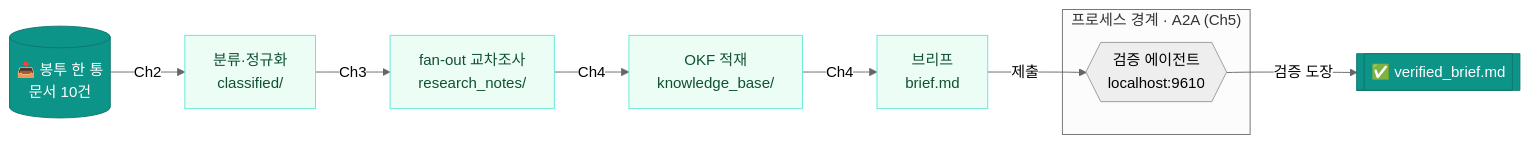
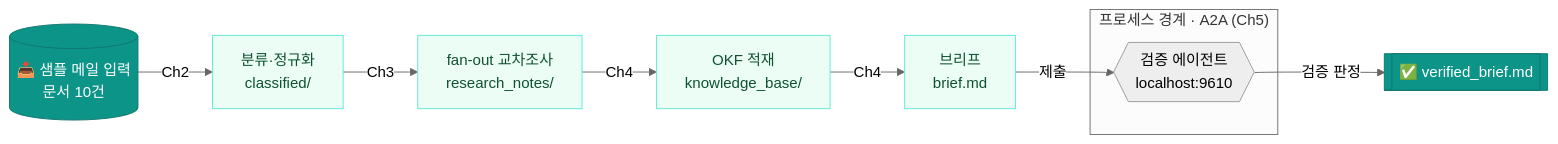
One commit to Yo-sure/deepagents-handson changed the first of 4 diagrams in books/md/Chapter 6. 통합 Demo와 Wrap-up.md. Above: the diagram before and after it, drawn with Mermaid (neutral theme). The commit also changed other lines of this file and 6 other files, not shown here.

````diff
--- a/books/md/Chapter 6. 통합 Demo와 Wrap-up.md
+++ b/books/md/Chapter 6. 통합 Demo와 Wrap-up.md
@@ -76,17 +76,17 @@
 ```mermaid
 flowchart LR
-  IN[("📥 봉투 한 통<br/>문서 10건")]
+  IN[("📥 샘플 메일 입력<br/>문서 10건")]
   IN -->|Ch2| C["분류·정규화<br/>classified/"]
   C -->|Ch3| R["fan-out 교차조사<br/>research_notes/"]
   R -->|Ch4| K["OKF 적재<br/>knowledge_base/"]
   K -->|Ch4| B["브리프<br/>brief.md"]
   subgraph EXT ["프로세스 경계 · A2A (Ch5)"]
     V{{"검증 에이전트<br/>localhost:9610"}}
   end
   B -->|제출| V
-  V -->|검증 도장| OUT[["✅ verified_brief.md"]]
+  V -->|검증 판정| OUT[["✅ verified_brief.md"]]
   classDef io fill:#0d9488,stroke:#0f766e,color:#fff;
   classDef step fill:#ecfdf5,stroke:#5eead4,color:#0f5132;
   class IN,OUT io;
   class C,R,K,B step;
 ```
````
